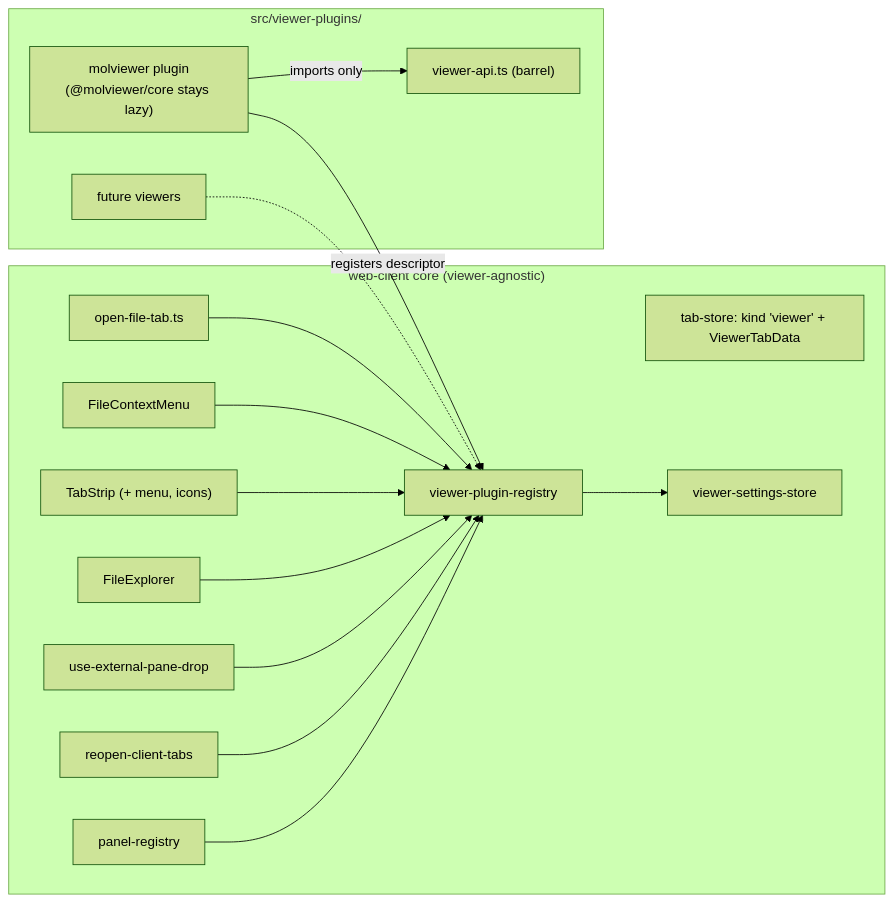
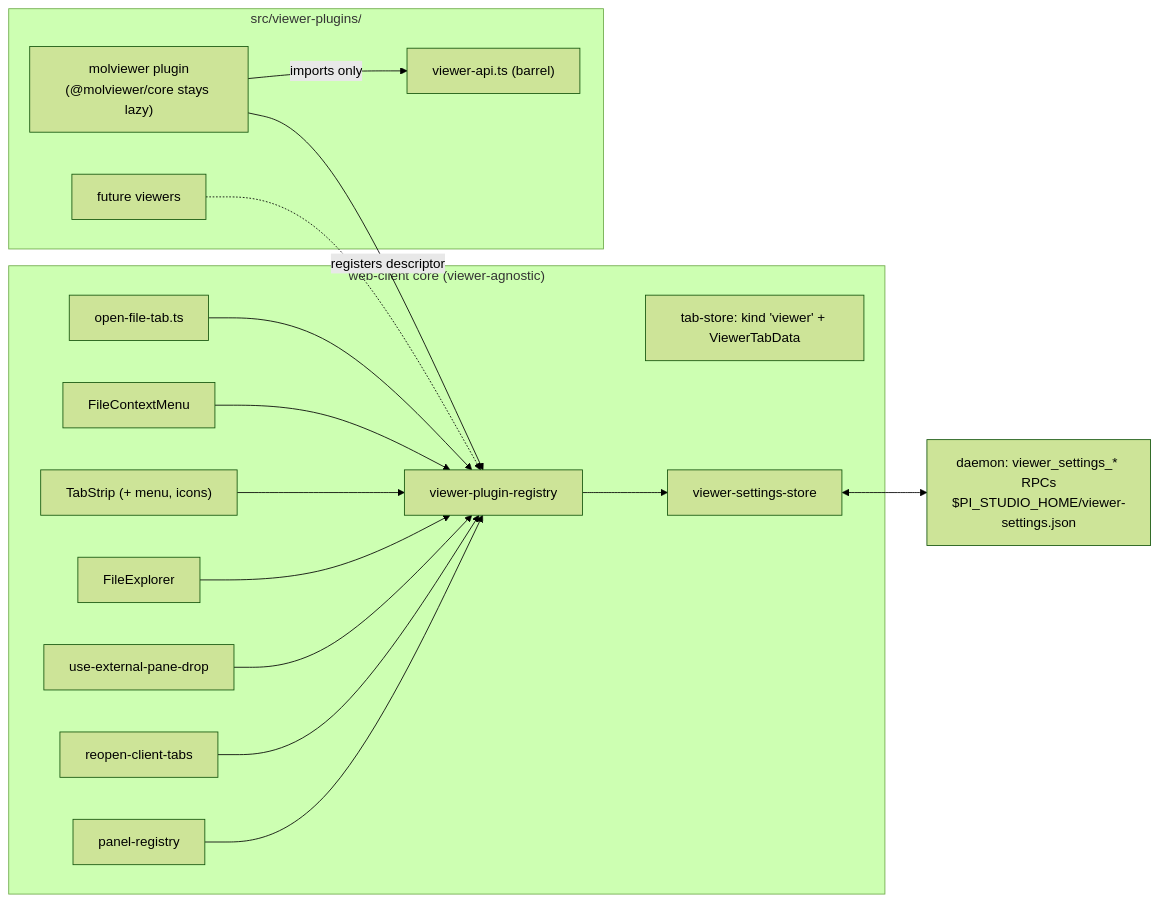
Before and after one commit to avatsaev/pi-studio: the diagram in docs/MOLVIEWER_DECOUPLING.md, drawn with Mermaid (forest theme). The commit also changed other lines of this file and 15 other files, not shown here.

````diff
--- a/docs/MOLVIEWER_DECOUPLING.md
+++ b/docs/MOLVIEWER_DECOUPLING.md
@@ -121,31 +154,32 @@
 ```mermaid
 flowchart LR
   subgraph core["web-client core (viewer-agnostic)"]
     TS["tab-store: kind 'viewer' + ViewerTabData"]
     OF[open-file-tab.ts]
     CM[FileContextMenu]
     STRIP["TabStrip (+ menu, icons)"]
     EXPL[FileExplorer]
     DROP[use-external-pane-drop]
     REOPEN[reopen-client-tabs]
     REG[viewer-plugin-registry]
     SET[viewer-settings-store]
     PANEL[panel-registry]
   end
   subgraph plugins["src/viewer-plugins/"]
     API["viewer-api.ts (barrel)"]
     MOL["molviewer plugin<br/>(@molviewer/core stays lazy)"]
     FUT[future viewers]
   end
   OF --> REG
   CM --> REG
   STRIP --> REG
   EXPL --> REG
   DROP --> REG
   REOPEN --> REG
   PANEL --> REG
   REG --> SET
+  SET <--> DAEMON["daemon: viewer_settings_* RPCs<br/>$PI_STUDIO_HOME/viewer-settings.json"]
   MOL -- "registers descriptor" --> REG
   MOL -- "imports only" --> API
   FUT -.-> REG
 ```
````
